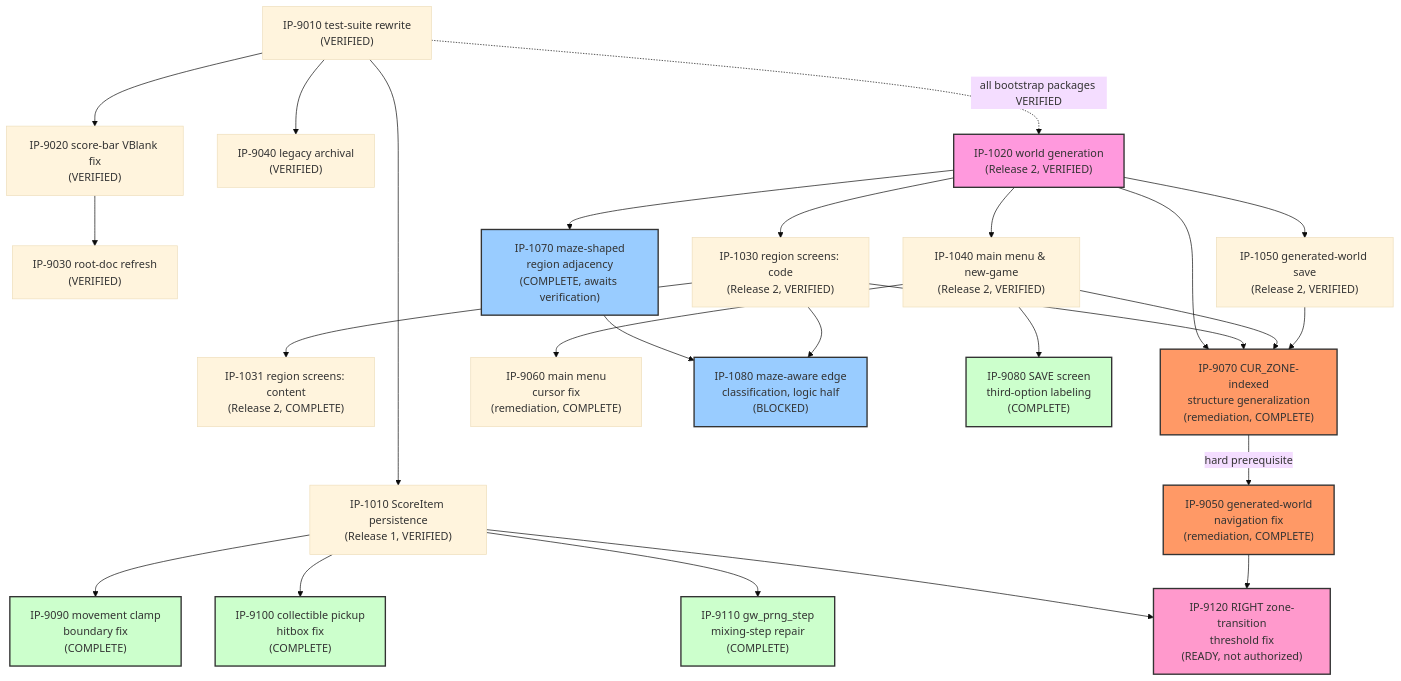
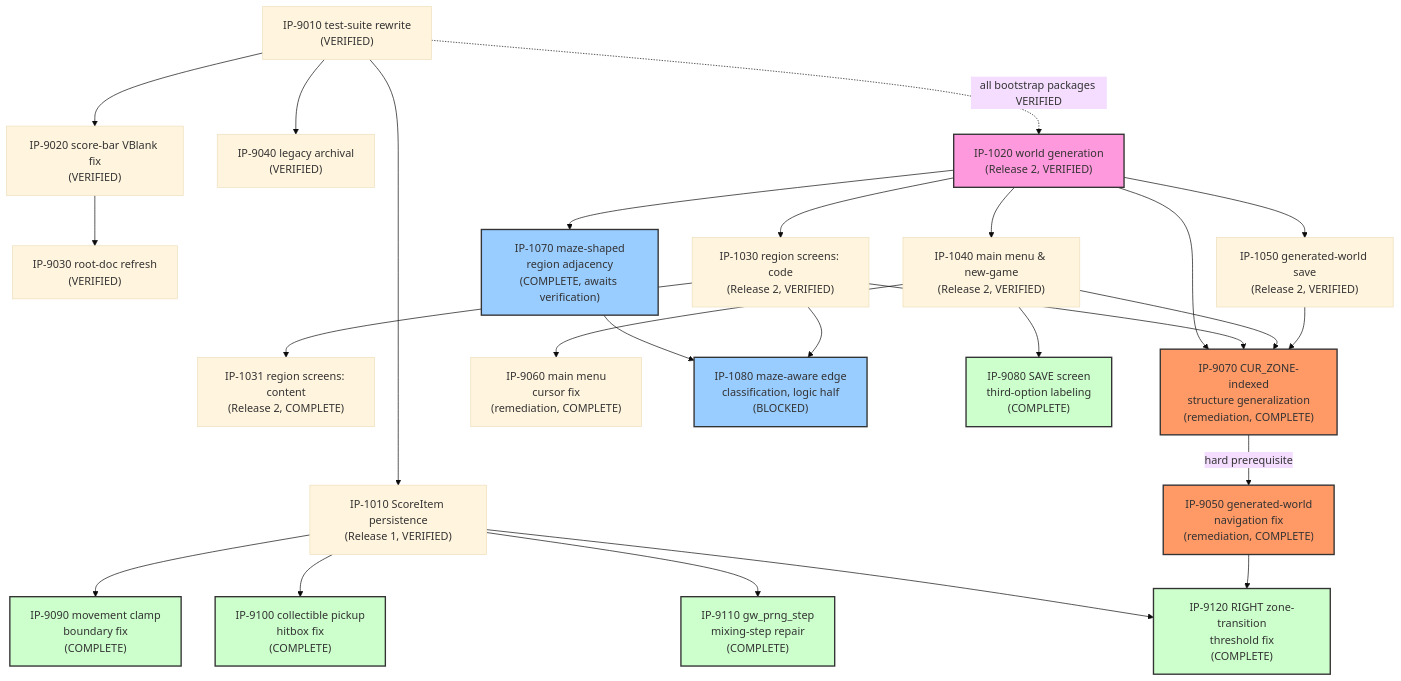
One commit to Zabin/RsGame changed the diagram in docs/implementation/00-master-build-plan.md. Above: the diagram before and after it, drawn with Mermaid (base theme). The commit also changed other lines of this file and 9 other files, not shown here.

First line of the commit message:
fix(asm_game): IP-9120 -- RIGHT zone-transition threshold fix (BL-0076)

````diff
--- a/docs/implementation/00-master-build-plan.md
+++ b/docs/implementation/00-master-build-plan.md
@@ -154,69 +155,69 @@
 ```mermaid
 graph TD
     IP9010["IP-9010 test-suite rewrite<br/>(VERIFIED)"]
     IP9020["IP-9020 score-bar VBlank fix<br/>(VERIFIED)"]
     IP9030["IP-9030 root-doc refresh<br/>(VERIFIED)"]
     IP9040["IP-9040 legacy archival<br/>(VERIFIED)"]
     IP1010["IP-1010 ScoreItem persistence<br/>(Release 1, VERIFIED)"]
     IP9010 --> IP9020
     IP9010 --> IP9040
     IP9010 --> IP1010
     IP9020 --> IP9030
 
     IP1020["IP-1020 world generation<br/>(Release 2, VERIFIED)"]
     IP1030["IP-1030 region screens: code<br/>(Release 2, VERIFIED)"]
     IP1031["IP-1031 region screens: content<br/>(Release 2, COMPLETE)"]
     IP1040["IP-1040 main menu & new-game<br/>(Release 2, VERIFIED)"]
     IP1050["IP-1050 generated-world save<br/>(Release 2, VERIFIED)"]
     IP9010 -.all bootstrap packages VERIFIED.-> IP1020
     IP1020 --> IP1030
     IP1030 --> IP1031
     IP1020 --> IP1040
     IP1020 --> IP1050
 
     style IP1020 fill:#f9d,stroke:#333,stroke-width:2px
 
     IP9070["IP-9070 CUR_ZONE-indexed<br/>structure generalization<br/>(remediation, COMPLETE)"]
     IP9050["IP-9050 generated-world<br/>navigation fix<br/>(remediation, COMPLETE)"]
     IP9060["IP-9060 main menu<br/>cursor fix<br/>(remediation, COMPLETE)"]
     IP1020 --> IP9070
     IP1030 --> IP9070
     IP1040 --> IP9070
     IP1050 --> IP9070
     IP9070 -->|hard prerequisite| IP9050
     IP1040 --> IP9060
 
     style IP9070 fill:#f96,stroke:#333,stroke-width:2px
     style IP9050 fill:#f96,stroke:#333,stroke-width:2px
 
     IP1070["IP-1070 maze-shaped<br/>region adjacency<br/>(COMPLETE, awaits verification)"]
     IP1080["IP-1080 maze-aware edge<br/>classification, logic half<br/>(BLOCKED)"]
     IP1020 --> IP1070
     IP1070 --> IP1080
     IP1030 --> IP1080
 
     style IP1070 fill:#9cf,stroke:#333,stroke-width:2px
     style IP1080 fill:#9cf,stroke:#333,stroke-width:2px
 
     IP9090["IP-9090 movement clamp<br/>boundary fix<br/>(COMPLETE)"]
     IP9100["IP-9100 collectible pickup<br/>hitbox fix<br/>(COMPLETE)"]
     IP9080["IP-9080 SAVE screen<br/>third-option labeling<br/>(COMPLETE)"]
     IP1010 --> IP9090
     IP1010 --> IP9100
     IP1040 --> IP9080
 
     style IP9090 fill:#cfc,stroke:#333,stroke-width:2px
     style IP9100 fill:#cfc,stroke:#333,stroke-width:2px
     style IP9080 fill:#cfc,stroke:#333,stroke-width:2px
 
     IP9110["IP-9110 gw_prng_step<br/>mixing-step repair<br/>(COMPLETE)"]
     IP1010 --> IP9110
 
     style IP9110 fill:#cfc,stroke:#333,stroke-width:2px
 
-    IP9120["IP-9120 RIGHT zone-transition<br/>threshold fix<br/>(READY, not authorized)"]
+    IP9120["IP-9120 RIGHT zone-transition<br/>threshold fix<br/>(COMPLETE)"]
     IP1010 --> IP9120
     IP9050 --> IP9120
 
-    style IP9120 fill:#f9c,stroke:#333,stroke-width:2px
+    style IP9120 fill:#cfc,stroke:#333,stroke-width:2px
 ```
````
